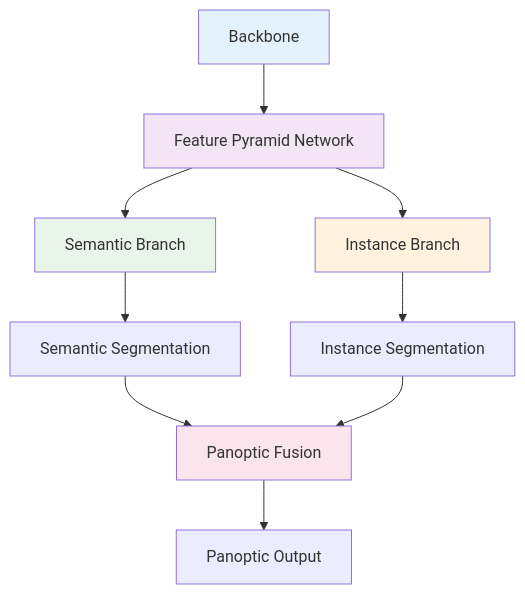
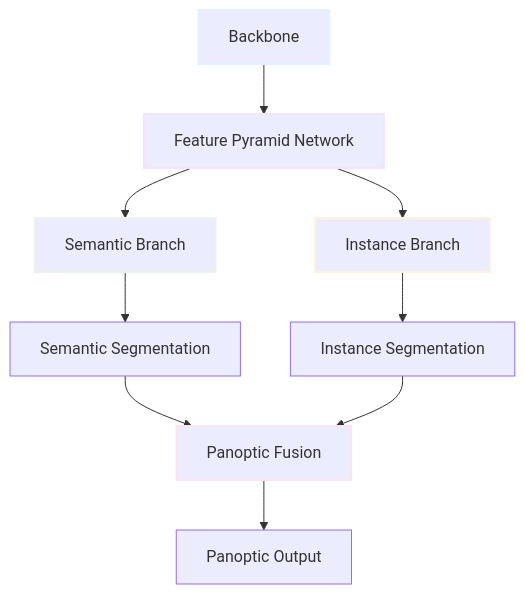
The first of 2 diagrams in 스터디/IS_03_segmentation_types.md (c0z0c/sprint_mission), drawn with Mermaid before and after one commit. The commit also changed other lines of this file and 14 other files, not shown here.

````diff
--- a/스터디/IS_03_segmentation_types.md
+++ b/스터디/IS_03_segmentation_types.md
@@ -337,17 +337,17 @@
 ```mermaid
 graph TB
     A["Backbone"] --> B["Feature Pyramid Network"]
     B --> C["Semantic Branch"]
     B --> D["Instance Branch"]
     C --> E["Semantic Segmentation"]
     D --> F["Instance Segmentation"]
     E --> G["Panoptic Fusion"]
     F --> G
     G --> H["Panoptic Output"]
     
-    style A fill:#e3f2fd
-    style B fill:#f3e5f5
-    style C fill:#e8f5e8
-    style D fill:#fff3e0
-    style G fill:#fce4ec
+    style A stroke-width:2px,stroke:#e3f2fd
+    style B stroke-width:2px,stroke:#f3e5f5
+    style C stroke-width:2px,stroke:#e8f5e8
+    style D stroke-width:2px,stroke:#fff3e0
+    style G stroke-width:2px,stroke:#fce4ec
 ```
````
